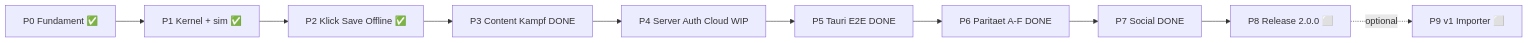
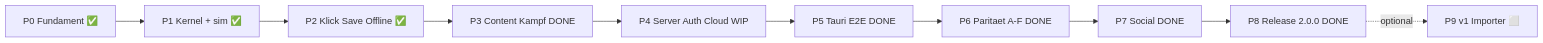
One commit to Trobikus/archiv-des-vergessens-2 changed the second of 2 diagrams in docs/REWRITE_PLAN.md. Above: the diagram before and after it, drawn with Mermaid. The commit also changed other lines of this file and 41 other files, not shown here.

````diff
--- a/docs/REWRITE_PLAN.md
+++ b/docs/REWRITE_PLAN.md
@@ -248,12 +257,12 @@
 ```mermaid
 graph LR
   P0["P0 Fundament ✅"] --> P1["P1 Kernel + sim ✅"]
   P1 --> P2["P2 Klick Save Offline ✅"]
   P2 --> P3["P3 Content Kampf DONE"]
   P3 --> P4["P4 Server Auth Cloud WIP"]
   P4 --> P5["P5 Tauri E2E DONE"]
   P5 --> P6["P6 Paritaet A-F DONE"]
   P6 --> P7["P7 Social DONE"]
-  P7 --> P8["P8 Release 2.0.0 ⬜"]
+  P7 --> P8["P8 Release 2.0.0 DONE"]
   P8 -.optional.-> P9["P9 v1 Importer ⬜"]
 ```
````
